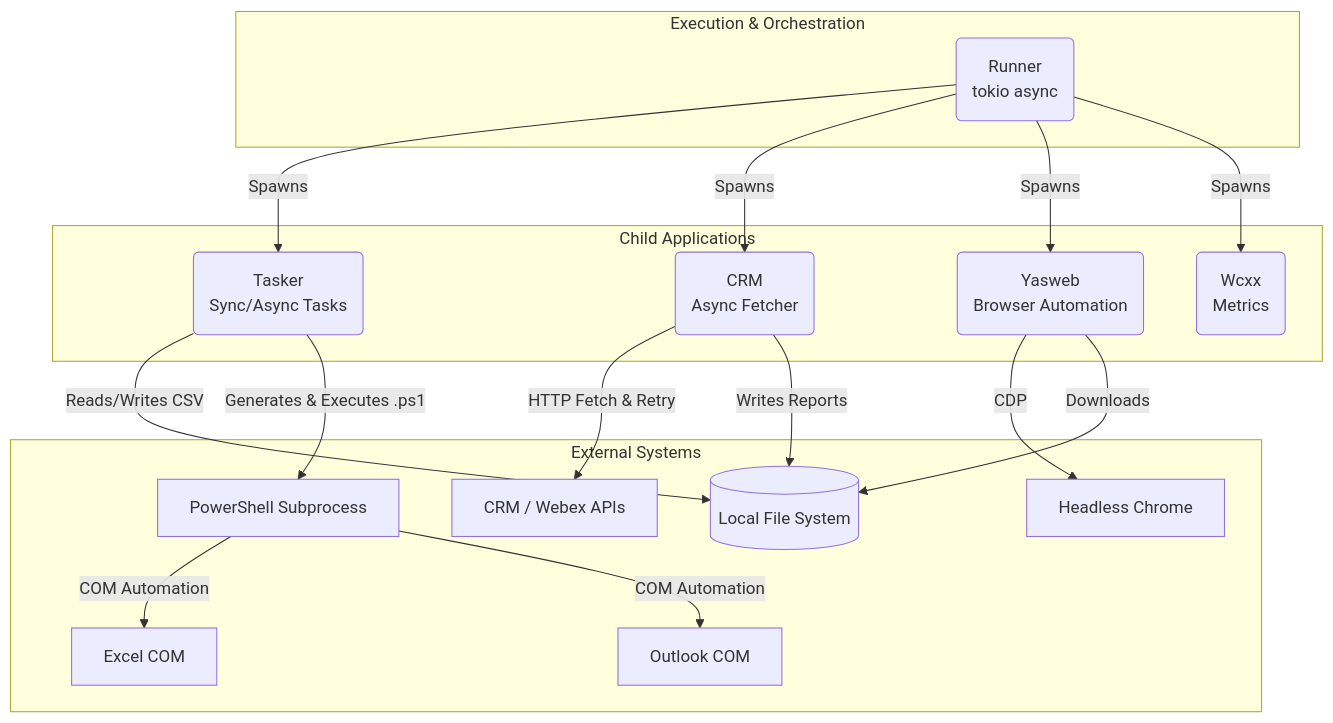
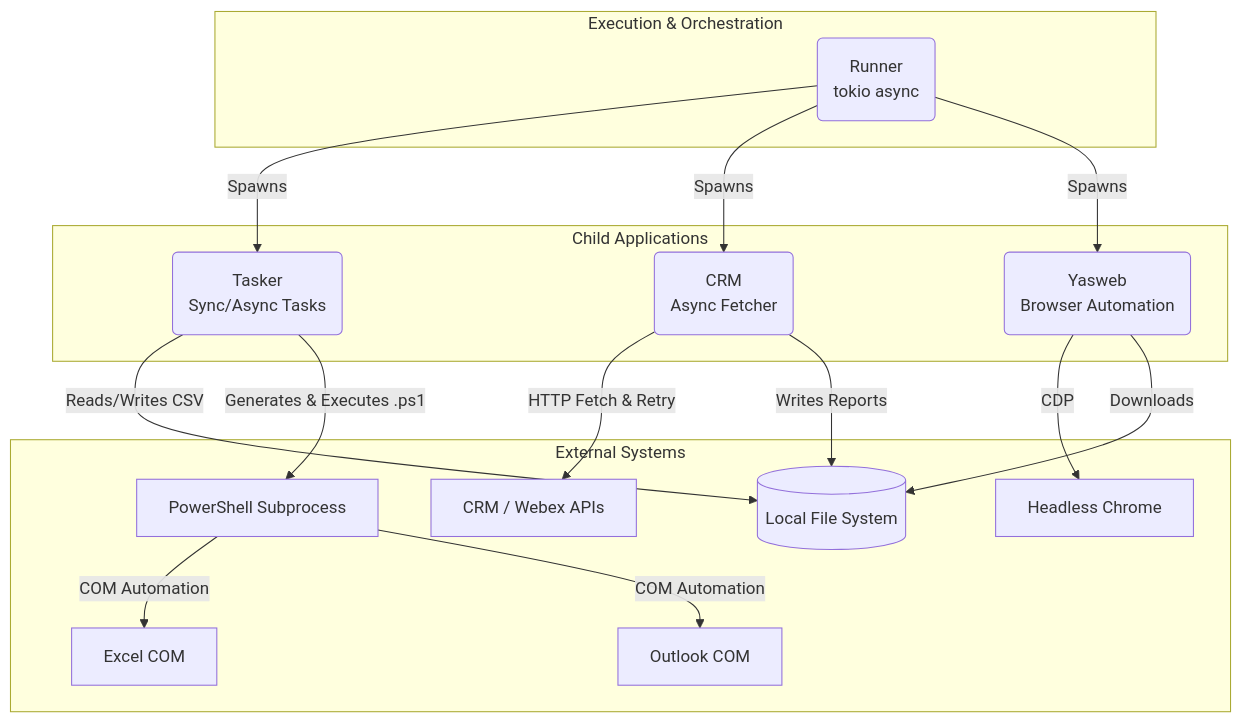
Before and after one commit to Mahmoudiismail/crm: the first of 2 diagrams in docs/repository-assessment.md, drawn with Mermaid.

Commit message:
chore: remove WCXX references from docs/repository-assessment.md

````diff
--- a/docs/repository-assessment.md
+++ b/docs/repository-assessment.md
@@ -96,38 +96,36 @@
 ```mermaid
 graph TD
     subgraph Execution & Orchestration
         Runner(Runner<br>tokio async)
     end
 
     subgraph Child Applications
         Tasker(Tasker<br>Sync/Async Tasks)
         CRM(CRM<br>Async Fetcher)
         Yasweb(Yasweb<br>Browser Automation)
-        Wcxx(Wcxx<br>Metrics)
     end
 
     subgraph External Systems
         API[CRM / Webex APIs]
         PS[PowerShell Subprocess]
         Excel[Excel COM]
         Outlook[Outlook COM]
         Chrome[Headless Chrome]
         FS[(Local File System)]
     end
 
     Runner -->|Spawns| Tasker
     Runner -->|Spawns| CRM
     Runner -->|Spawns| Yasweb
-    Runner -->|Spawns| Wcxx
 
     Tasker -->|Reads/Writes CSV| FS
     Tasker -->|Generates & Executes .ps1| PS
     PS -->|COM Automation| Excel
     PS -->|COM Automation| Outlook
 
     CRM -->|HTTP Fetch & Retry| API
     CRM -->|Writes Reports| FS
 
     Yasweb -->|CDP| Chrome
     Yasweb -->|Downloads| FS
 ```
````
